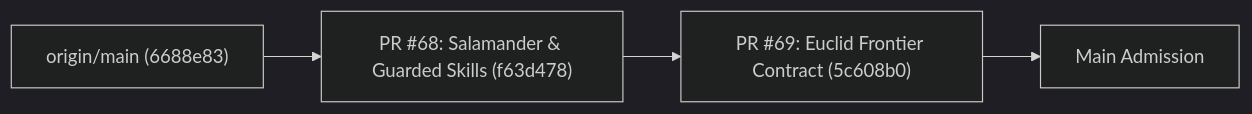
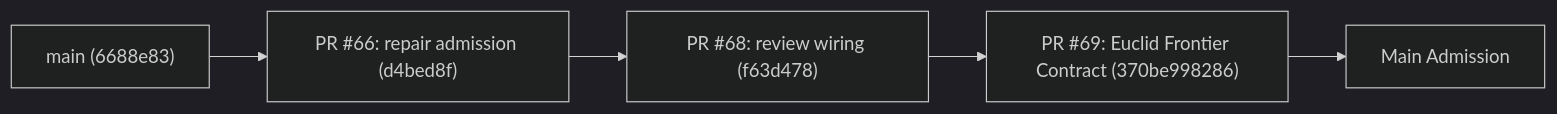
One commit to HYBAAIDATA/ChronusQiGPU changed the diagram in REMEDIATION-STATUS.md. Above: the diagram before and after it, drawn with Mermaid (dark theme). The commit also changed other lines of this file and 2 other files, not shown here.

Commit message:
docs(evidence): correct PR graph, custody claims and execution blockers

````diff
--- a/REMEDIATION-STATUS.md
+++ b/REMEDIATION-STATUS.md
@@ -12,6 +12,7 @@
 ```mermaid
 flowchart LR
-    A["origin/main (6688e83)"] --> B["PR #68: Salamander & Guarded Skills (f63d478)"]
-    B --> C["PR #69: Euclid Frontier Contract (5c608b0)"]
+    A["main (6688e83)"] --> R["PR #66: repair admission (d4bed8f)"]
+    R --> B["PR #68: review wiring (f63d478)"]
+    B --> C["PR #69: Euclid Frontier Contract (370be998286)"]
     C --> D["Main Admission"]
 ```
````
